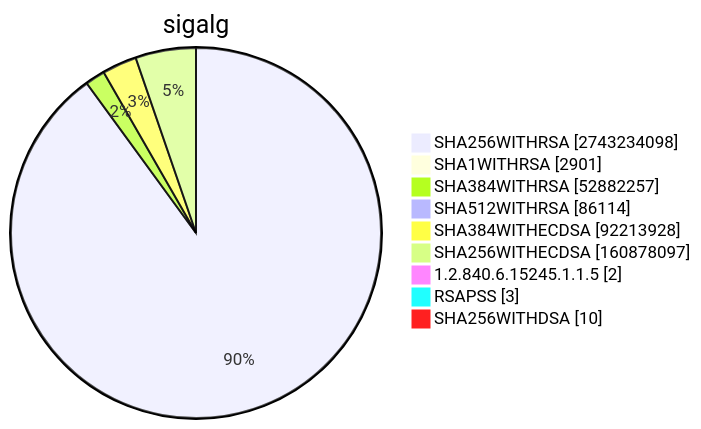
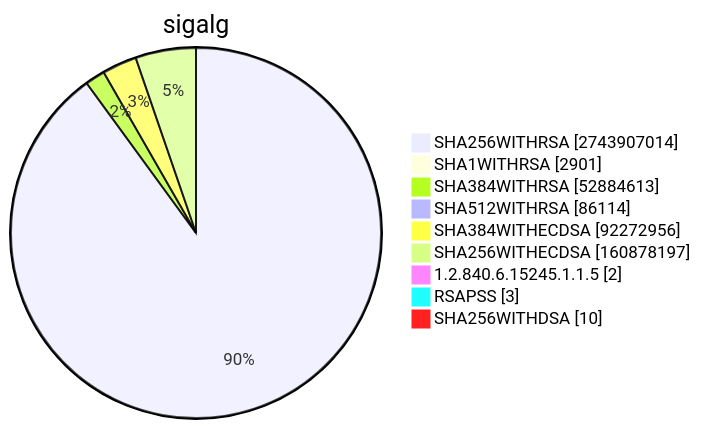
Before and after one commit to christiankrug/ctmonitor_visualization: diagram 15 of 15 in TOTAL/README.md, drawn with Mermaid. The commit also changed other lines of this file, not shown here.

````diff
--- a/TOTAL/README.md
+++ b/TOTAL/README.md
@@ -6206,13 +6206,13 @@
 ```mermaid
 pie showData
 title sigalg
-"SHA256WITHRSA" :2743234098
+"SHA256WITHRSA" :2743907014
 "SHA1WITHRSA" :2901
-"SHA384WITHRSA" :52882257
+"SHA384WITHRSA" :52884613
 "SHA512WITHRSA" :86114
-"SHA384WITHECDSA" :92213928
-"SHA256WITHECDSA" :160878097
+"SHA384WITHECDSA" :92272956
+"SHA256WITHECDSA" :160878197
 "1.2.840.6.15245.1.1.5" :2
 "RSAPSS" :3
 "SHA256WITHDSA" :10
 ```
````
